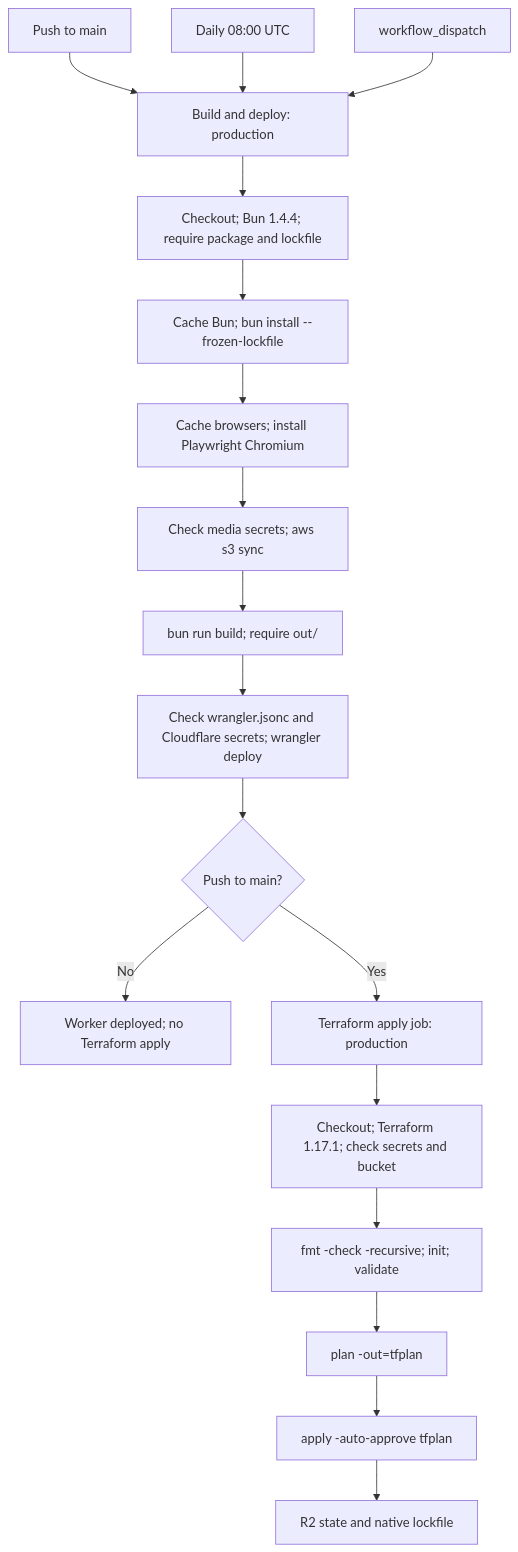
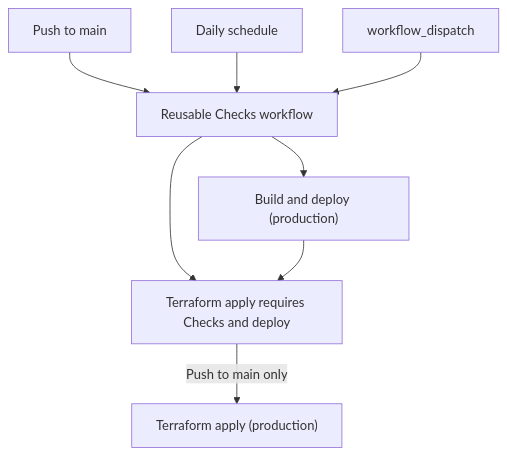
One commit to clzmj/clzmj.dev changed the third of 3 diagrams in docs/ci.md. Above: the diagram before and after it, drawn with Mermaid. The commit also changed other lines of this file and 9 other files, not shown here.

````diff
--- a/docs/ci.md
+++ b/docs/ci.md
@@ -39,19 +63,10 @@
 ```mermaid
 flowchart TD
-  PUSH["Push to main"] --> D["Build and deploy: production"]
-  CRON["Daily 08:00 UTC"] --> D
-  MANUAL["workflow_dispatch"] --> D
-  D --> C["Checkout; Bun 1.4.4; require package and lockfile"]
-  C --> I["Cache Bun; bun install --frozen-lockfile"]
-  I --> P["Cache browsers; install Playwright Chromium"]
-  P --> R["Check media secrets; aws s3 sync"]
-  R --> B["bun run build; require out/"]
-  B --> W["Check wrangler.jsonc and Cloudflare secrets; wrangler deploy"]
-  W --> G{"Push to main?"}
-  G -->|"No"| DONE["Worker deployed; no Terraform apply"]
-  G -->|"Yes"| A["Terraform apply job: production"]
-  A --> S["Checkout; Terraform 1.17.1; check secrets and bucket"]
-  S --> F["fmt -check -recursive; init; validate"]
-  F --> PLAN["plan -out=tfplan"] --> APPLY["apply -auto-approve tfplan"]
-  APPLY --> STATE["R2 state and native lockfile"]
+  PUSH["Push to main"] --> CHECKS["Reusable Checks workflow"]
+  CRON["Daily schedule"] --> CHECKS
+  MANUAL["workflow_dispatch"] --> CHECKS
+  CHECKS --> DEPLOY["Build and deploy (production)"]
+  CHECKS --> APPLY_GATE["Terraform apply requires Checks and deploy"]
+  DEPLOY --> APPLY_GATE
+  APPLY_GATE -->|"Push to main only"| APPLY["Terraform apply (production)"]
 ```
````
